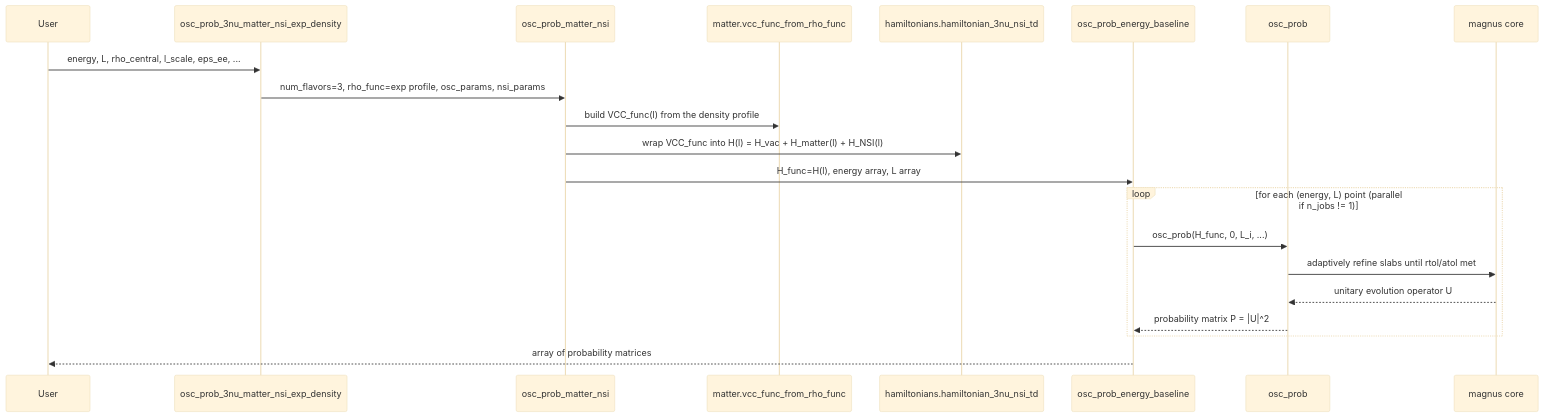
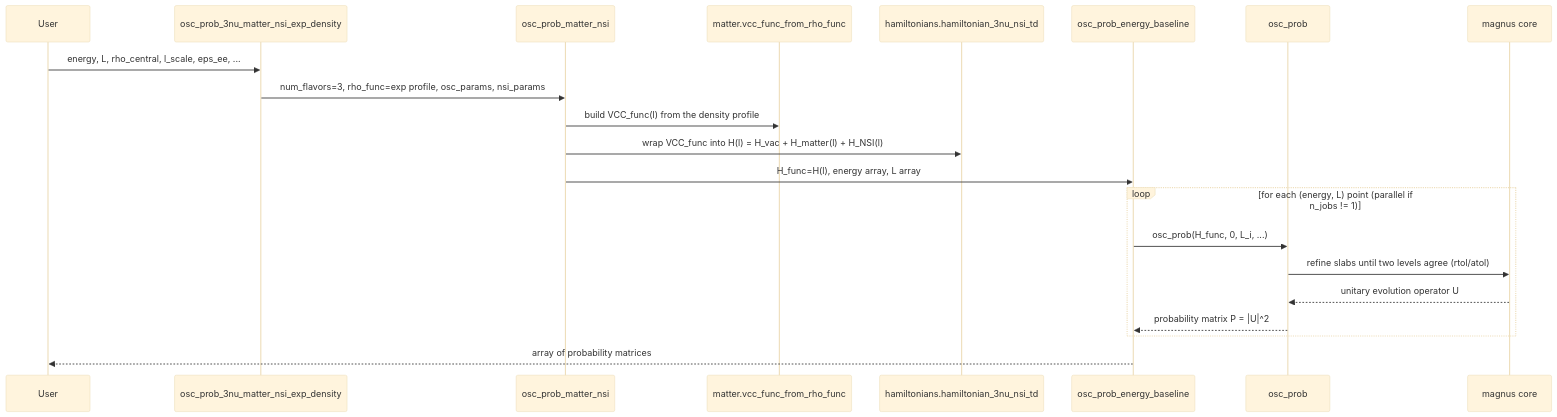
The third of 3 diagrams in docs/source/architecture.rst (mbustama/Magnus), drawn with Mermaid (base theme) before and after one commit. The commit also changed other lines of this file and 8 other files, not shown here.

```diff
--- a/docs/source/architecture.rst
+++ b/docs/source/architecture.rst
@@ -225,24 +226,24 @@
 .. mermaid::
 
    sequenceDiagram
        participant User
        participant W as osc_prob_3nu_matter_nsi_exp_density
        participant M as osc_prob_matter_nsi
        participant Matter as matter.vcc_func_from_rho_func
        participant Ham as hamiltonians.hamiltonian_3nu_nsi_td
        participant B as osc_prob_energy_baseline
        participant P as osc_prob
        participant K as magnus core
 
        User->>W: energy, L, rho_central, l_scale, eps_ee, ...
        W->>M: num_flavors=3, rho_func=exp profile, osc_params, nsi_params
        M->>Matter: build VCC_func(l) from the density profile
        M->>Ham: wrap VCC_func into H(l) = H_vac + H_matter(l) + H_NSI(l)
        M->>B: H_func=H(l), energy array, L array
        loop for each (energy, L) point (parallel if n_jobs != 1)
            B->>P: osc_prob(H_func, 0, L_i, ...)
-           P->>K: adaptively refine slabs until rtol/atol met
+           P->>K: refine slabs until two levels agree (rtol/atol)
            K-->>P: unitary evolution operator U
            P-->>B: probability matrix P = |U|^2
        end
        B-->>User: array of probability matrices
```
